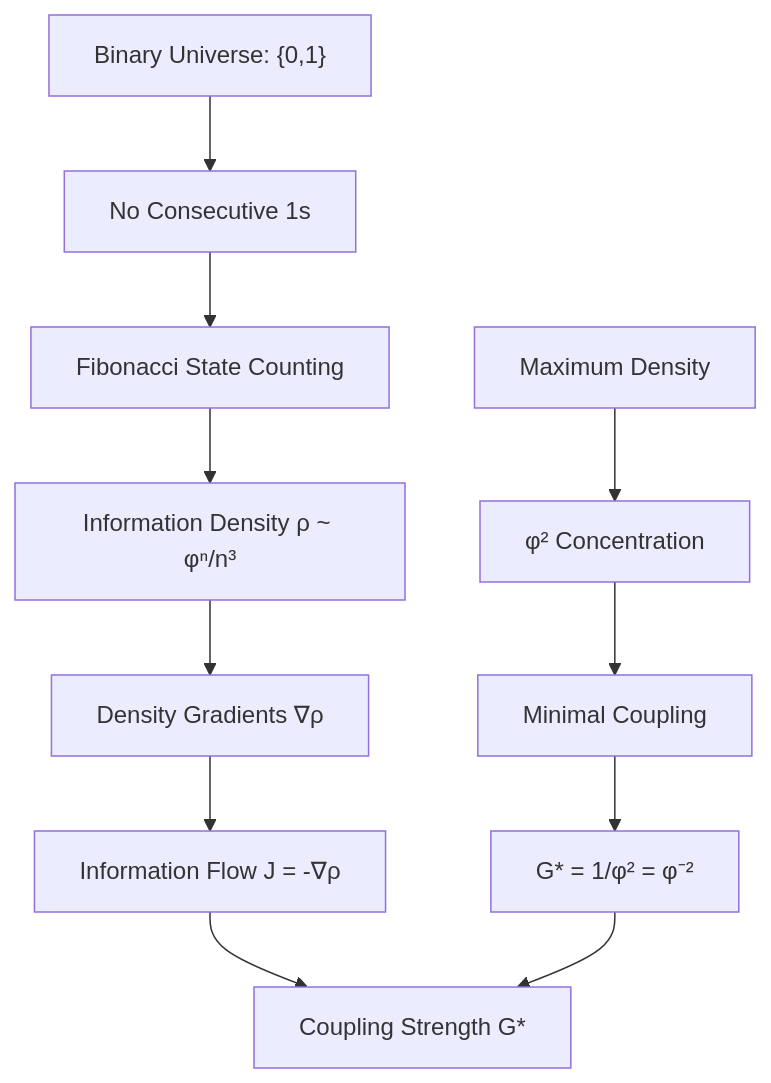
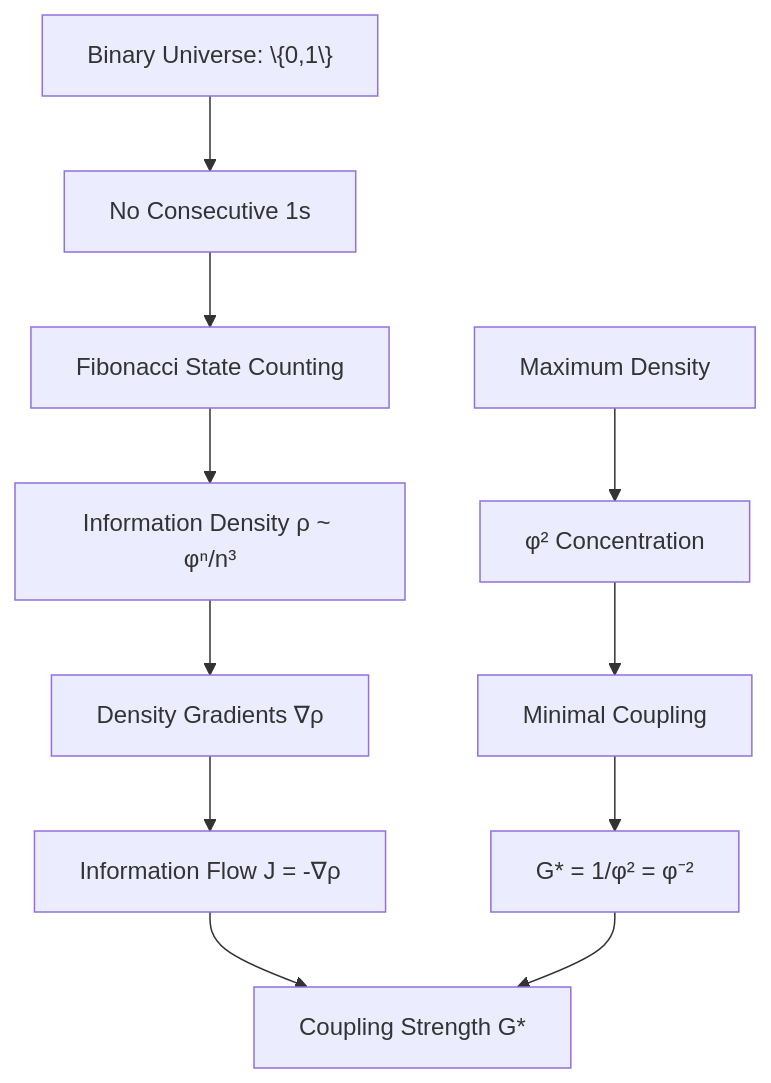
One commit to loning/the-phys changed the diagram in docs/psi-constants/part-01-structural-collapse-limits/chapter-004-newton-constant-entropy-gradient.md. Above: the diagram before and after it, drawn with Mermaid. The commit also changed other lines of this file and 9 other files, not shown here.

````diff
--- a/docs/psi-constants/part-01-structural-collapse-limits/chapter-004-newton-constant-entropy-gradient.md
+++ b/docs/psi-constants/part-01-structural-collapse-limits/chapter-004-newton-constant-entropy-gradient.md
@@ -59,14 +59,14 @@
 ```mermaid
 graph TD
-    A["Binary Universe: {0,1}"] --> B[No Consecutive 1s]
+    A["Binary Universe: \{0,1\}"] --> B[No Consecutive 1s]
     B --> C[Fibonacci State Counting]
     C --> D[Information Density ρ ~ φⁿ/n³]
     D --> E[Density Gradients ∇ρ]
     E --> F[Information Flow J = -∇ρ]
     F --> G[Coupling Strength G*]
     
     H[Maximum Density] --> I[φ² Concentration]
     I --> J[Minimal Coupling]
     J --> K[G* = 1/φ² = φ⁻²]
     K --> G
 ```
````
